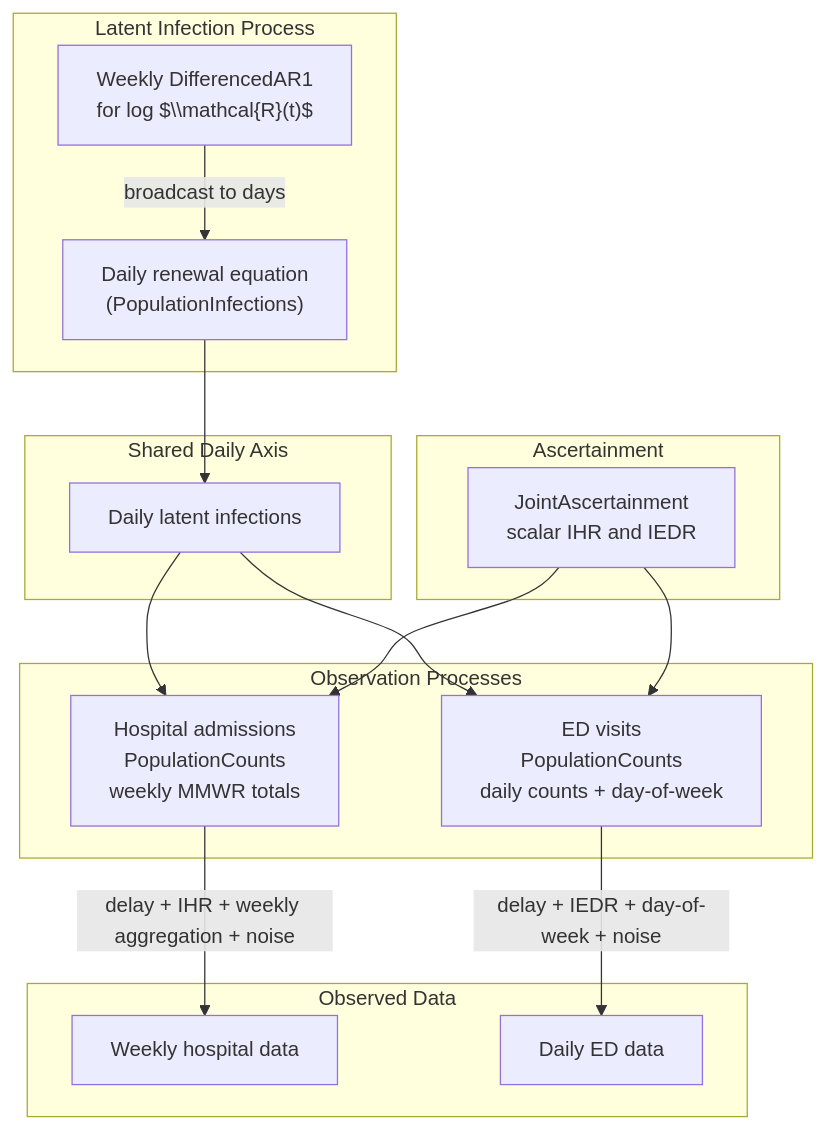
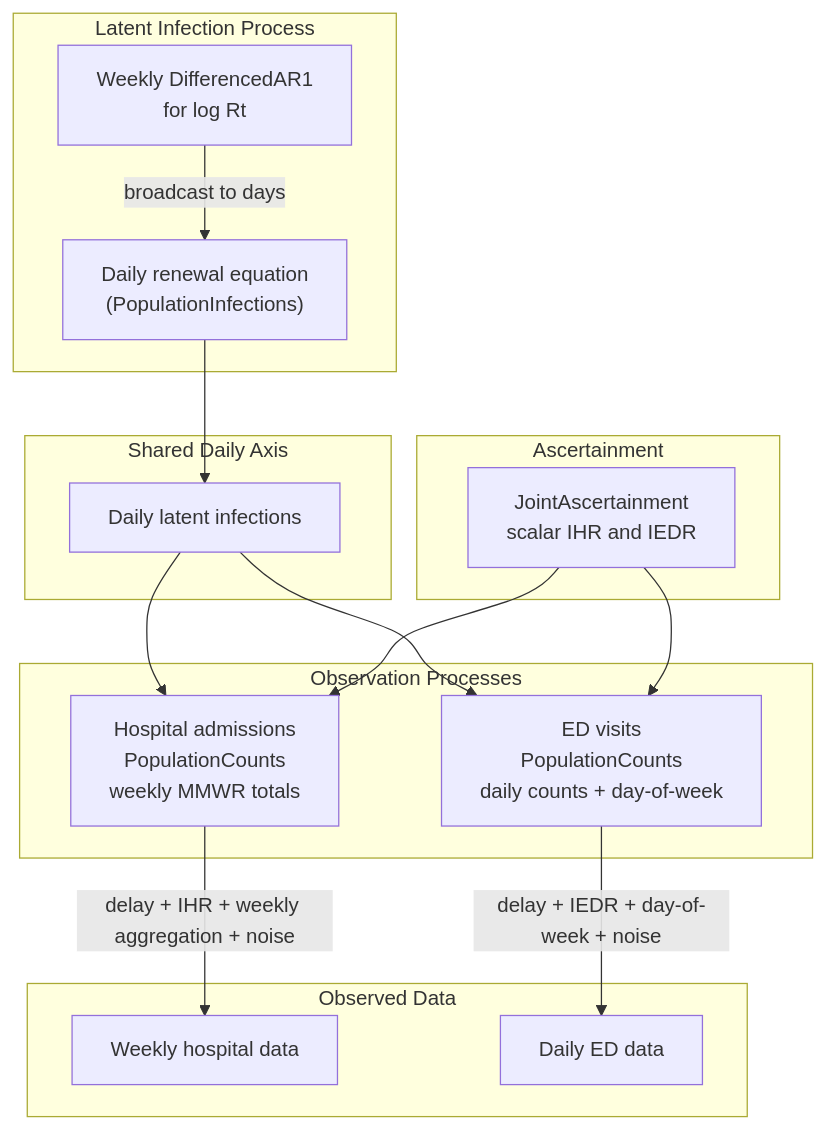
Before and after one commit to CDCgov/PyRenew: the diagram in docs/tutorials/multisignal_H_E_model.qmd, drawn with Mermaid. The commit also changed other lines of this file and 10 other files, not shown here.

````diff
--- a/docs/tutorials/multisignal_H_E_model.qmd
+++ b/docs/tutorials/multisignal_H_E_model.qmd
@@ -143,35 +147,35 @@
 ```mermaid
 flowchart TB
 
     subgraph Latent["Latent Infection Process"]
-        R["Weekly DifferencedAR1<br/>for log $\\mathcal{R}(t)$"]
+        R["Weekly DifferencedAR1<br/>for log Rt"]
         I["Daily renewal equation<br/>(PopulationInfections)"]
     end
 
     subgraph Shared["Shared Daily Axis"]
         D["Daily latent infections"]
     end
 
     subgraph Asc["Ascertainment"]
         A["JointAscertainment<br/>scalar IHR and IEDR"]
     end
 
     subgraph Obs["Observation Processes"]
         H["Hospital admissions<br/>PopulationCounts<br/>weekly MMWR totals"]
         E["ED visits<br/>PopulationCounts<br/>daily counts + day-of-week"]
     end
 
     subgraph Data["Observed Data"]
         HD["Weekly hospital data"]
         ED["Daily ED data"]
     end
 
     R -->|"broadcast to days"| I
     I --> D
     D --> H
     D --> E
     A --> H
     A --> E
     H -->|"delay + IHR + weekly aggregation + noise"| HD
     E -->|"delay + IEDR + day-of-week + noise"| ED
 ```
````
